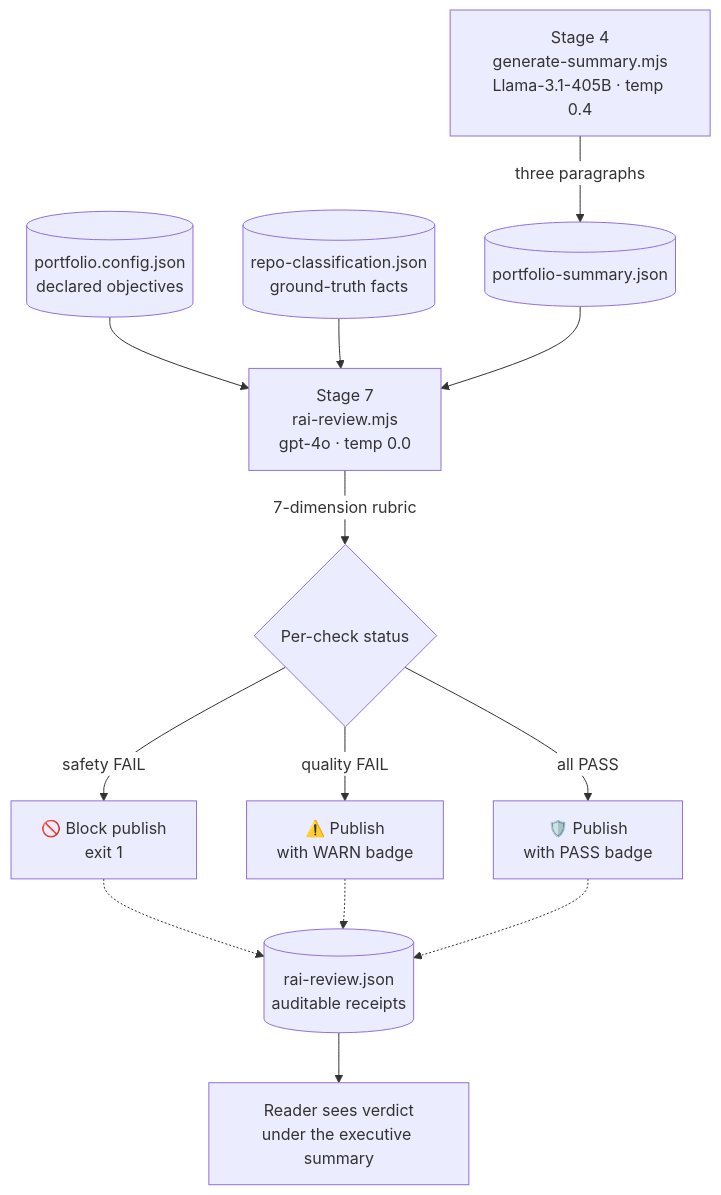
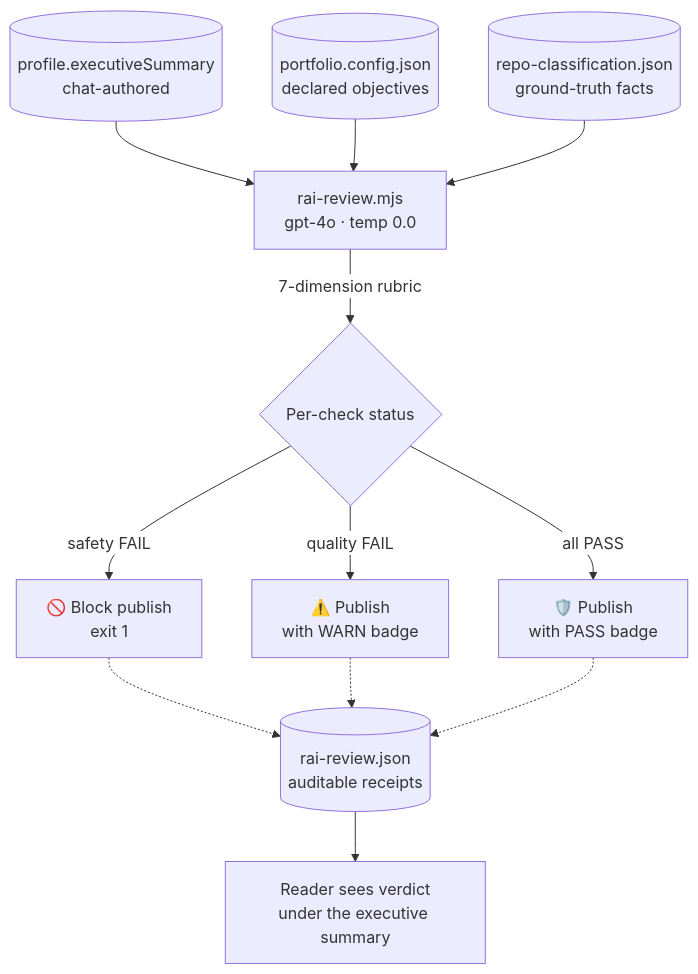
The diagram in VISUAL-STORYTELLING.md (fabioc-aloha/fabioc-aloha), drawn with Mermaid before and after one commit. The commit also changed other lines of this file and 2 other files, not shown here.

First line of the commit message:
publish: lead with the dissertation, add 3 pins, exec-summary spacing

````diff
--- a/VISUAL-STORYTELLING.md
+++ b/VISUAL-STORYTELLING.md
@@ -37,16 +37,15 @@
 ```mermaid
 %%{init: {'themeVariables': {'edgeLabelBackground': '#ffffff'}}}%%
 flowchart TD
-    A["Stage 4<br/>generate-summary.mjs<br/>Llama-3.1-405B · temp 0.4"] -->|three paragraphs| B[("portfolio-summary.json")]
+    S[("profile.executiveSummary<br/>chat-authored")] --> R
     F[("portfolio.config.json<br/>declared objectives")] --> R
     G[("repo-classification.json<br/>ground-truth facts")] --> R
-    B --> R["Stage 7<br/>rai-review.mjs<br/>gpt-4o · temp 0.0"]
-    R -->|7-dimension rubric| C{"Per-check status"}
+    R["rai-review.mjs<br/>gpt-4o · temp 0.0"] -->|7-dimension rubric| C{"Per-check status"}
     C -->|"safety FAIL"| X["🚫 Block publish<br/>exit 1"]
     C -->|"quality FAIL"| W["⚠️ Publish<br/>with WARN badge"]
     C -->|"all PASS"| P["🛡️ Publish<br/>with PASS badge"]
     X -.-> H[("rai-review.json<br/>auditable receipts")]
     W -.-> H
     P -.-> H
     H --> D["Reader sees verdict<br/>under the executive summary"]
 ```
````
